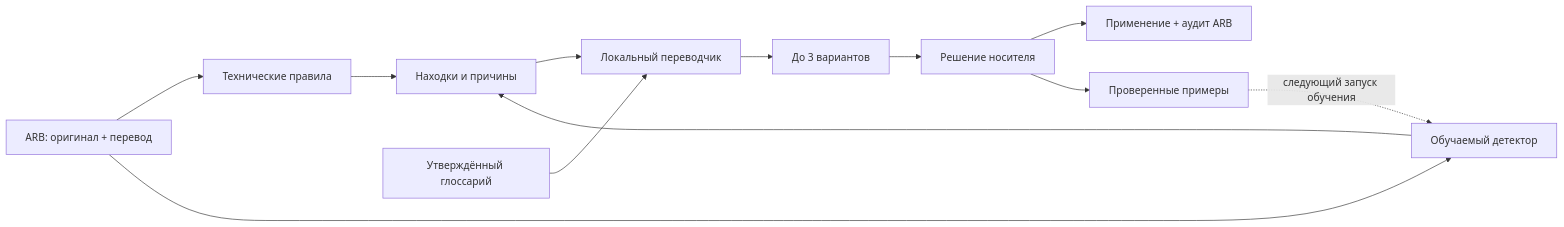
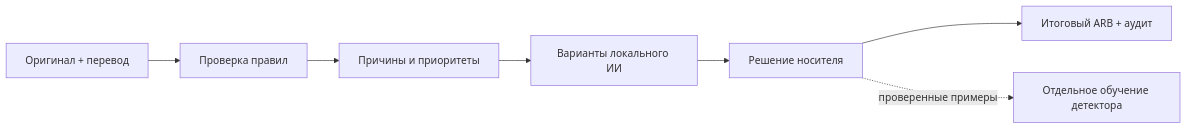
One commit to NeNurym/QAForGrandMobile changed the diagram in README.md. Above: the diagram before and after it, drawn with Mermaid. The commit also changed other lines of this file and 5 other files, not shown here.

````diff
--- a/README.md
+++ b/README.md
@@ -96,14 +141,9 @@
 ```mermaid
 flowchart LR
-    A["ARB: оригинал + перевод"] --> B["Технические правила"]
-    A --> C["Обучаемый детектор"]
-    B --> D["Находки и причины"]
-    C --> D
-    D --> E["Локальный переводчик"]
-    G["Утверждённый глоссарий"] --> E
-    E --> F["До 3 вариантов"]
-    F --> H["Решение носителя"]
-    H --> I["Применение + аудит ARB"]
-    H --> J["Проверенные примеры"]
-    J -. "следующий запуск обучения" .-> C
+    A["Оригинал + перевод"] --> B["Проверка правил"]
+    B --> C["Причины и приоритеты"]
+    C --> D["Варианты локального ИИ"]
+    D --> E["Решение носителя"]
+    E --> F["Итоговый ARB + аудит"]
+    E -. "проверенные примеры" .-> G["Отдельное обучение детектора"]
 ```
````
